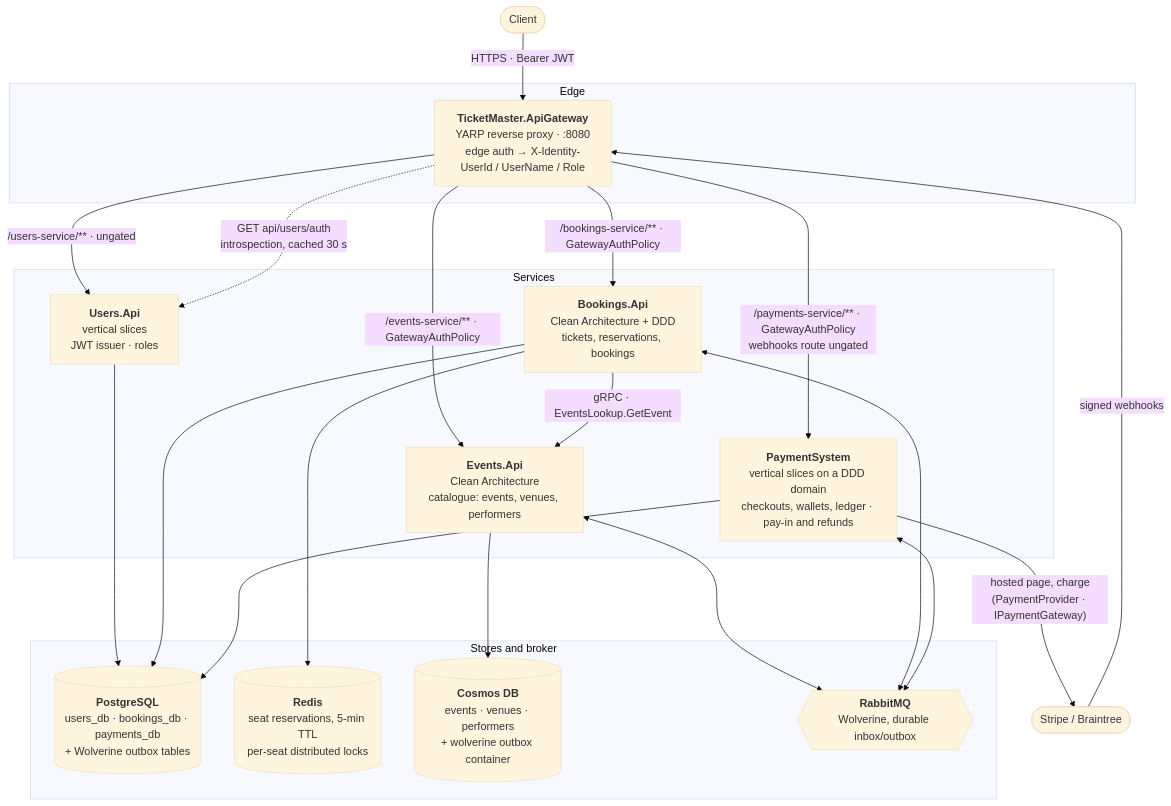
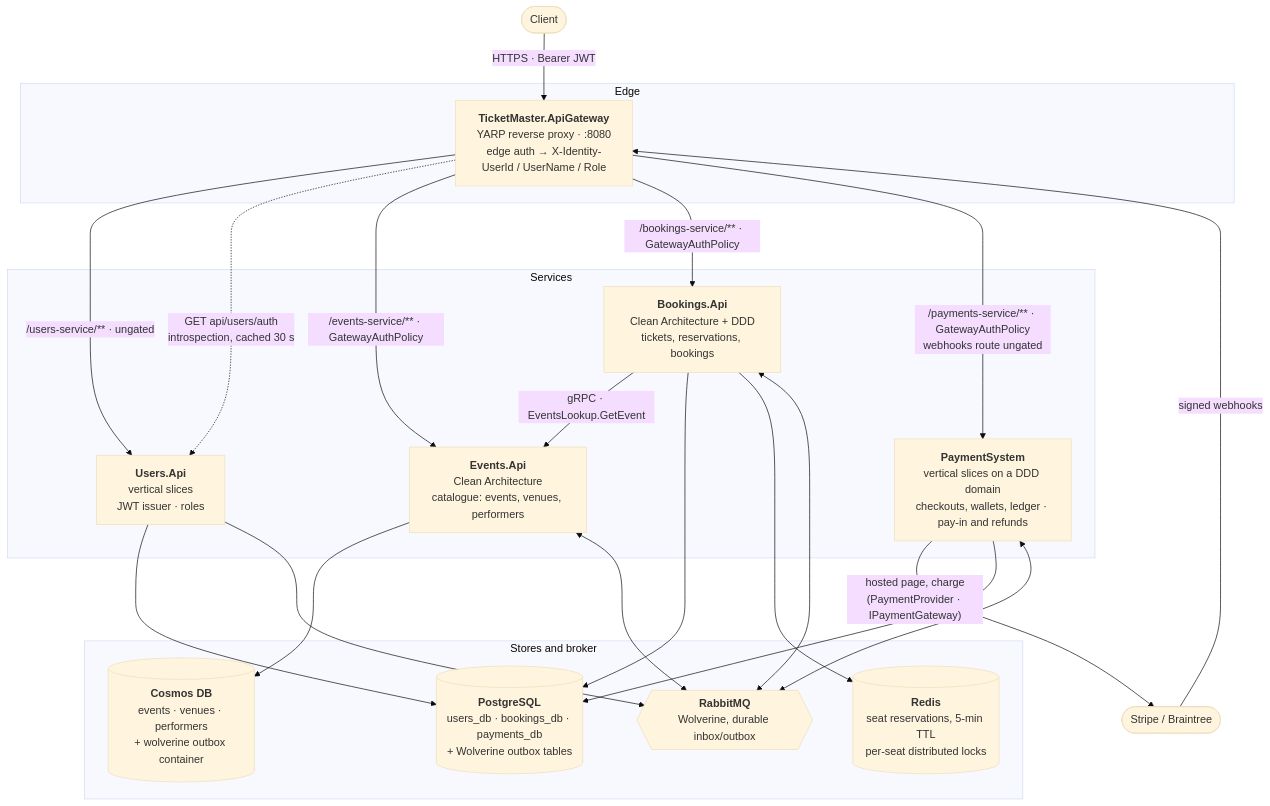
The first of 3 diagrams in README.md (akmgr5544/TicketMaster), drawn with Mermaid (base theme) before and after one commit. The commit also changed other lines of this file and 11 other files, not shown here.

````diff
--- a/README.md
+++ b/README.md
@@ -32,42 +32,43 @@
 ```mermaid
 flowchart TB
     client(["Client"])
     psp(["Stripe / Braintree"])
 
     subgraph edge["Edge"]
         gateway["<b>TicketMaster.ApiGateway</b><br/>YARP reverse proxy · :8080<br/>edge auth → X-Identity-UserId / UserName / Role"]
     end
 
     subgraph services["Services"]
         users["<b>Users.Api</b><br/>vertical slices<br/>JWT issuer · roles"]
         events["<b>Events.Api</b><br/>Clean Architecture<br/>catalogue: events, venues, performers"]
         bookings["<b>Bookings.Api</b><br/>Clean Architecture + DDD<br/>tickets, reservations, bookings"]
         payments["<b>PaymentSystem</b><br/>vertical slices on a DDD domain<br/>checkouts, wallets, ledger · pay-in and refunds"]
     end
 
     subgraph data["Stores and broker"]
         postgres[("<b>PostgreSQL</b><br/>users_db · bookings_db · payments_db<br/>+ Wolverine outbox tables")]
         redis[("<b>Redis</b><br/>seat reservations, 5-min TTL<br/>per-seat distributed locks")]
         cosmos[("<b>Cosmos DB</b><br/>events · venues · performers<br/>+ wolverine outbox container")]
         broker{{"<b>RabbitMQ</b><br/>Wolverine, durable inbox/outbox"}}
     end
 
     client -- "HTTPS · Bearer JWT" --> gateway
     gateway -- "/users-service/** · ungated" --> users
     gateway -. "GET api/users/auth<br/>introspection, cached 30 s" .-> users
     gateway -- "/events-service/** · GatewayAuthPolicy" --> events
     gateway -- "/bookings-service/** · GatewayAuthPolicy" --> bookings
     gateway -- "/payments-service/** · GatewayAuthPolicy<br/>webhooks route ungated" --> payments
     psp -- "signed webhooks" --> gateway
     payments -- "hosted page, charge<br/>(PaymentProvider · IPaymentGateway)" --> psp
     bookings -- "gRPC · EventsLookup.GetEvent" --> events
 
     users --> postgres
+    users --> broker
     bookings --> postgres
     bookings --> redis
     payments --> postgres
     events --> cosmos
     events <--> broker
     bookings <--> broker
     payments <--> broker
 ```
````
